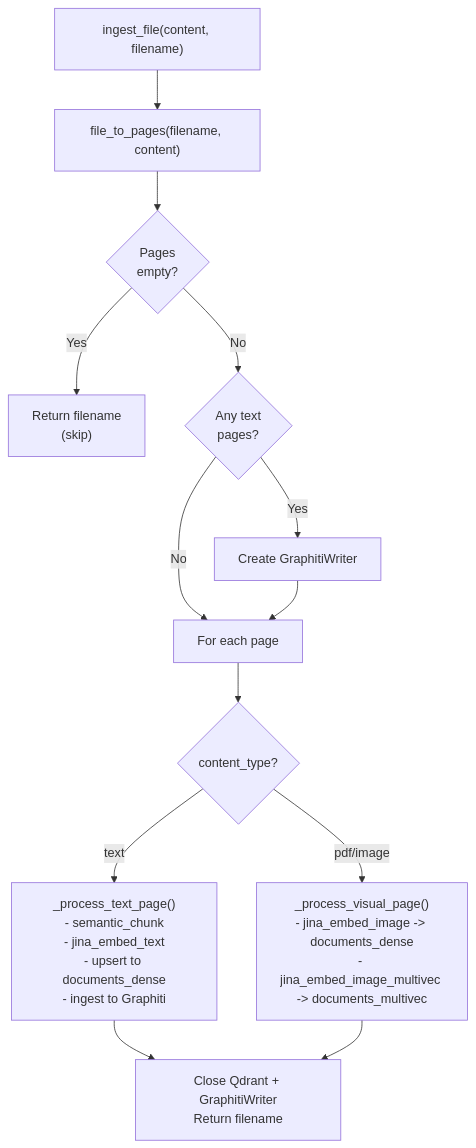
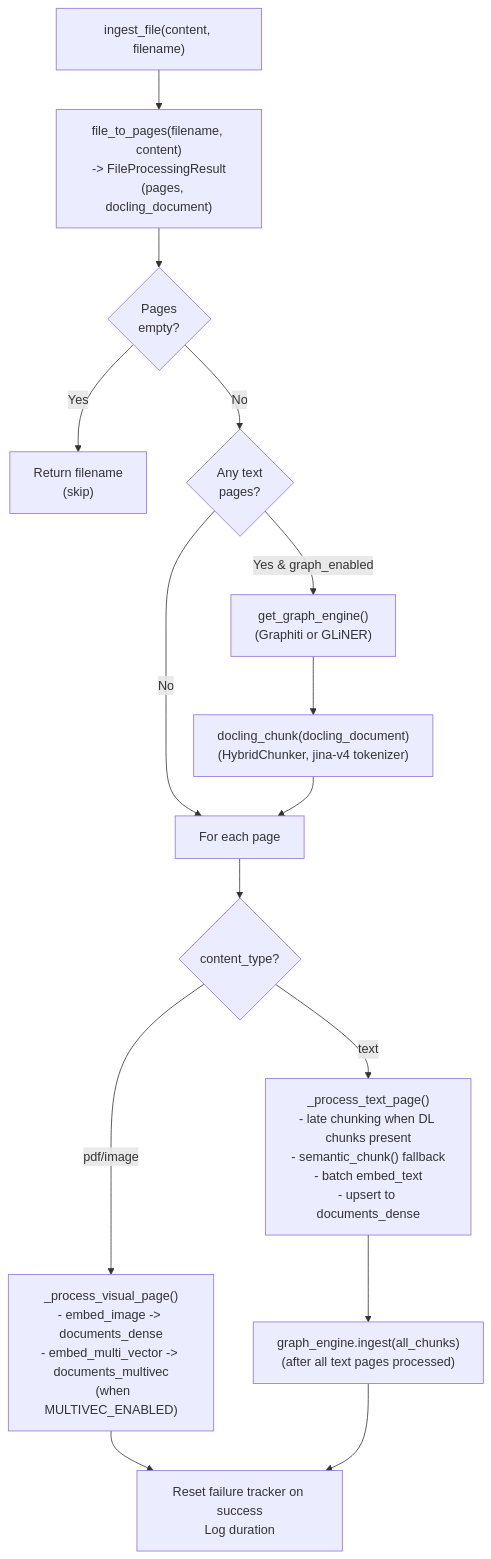
One commit to dollro/spektr changed the second of 2 diagrams in docs/ingestion/cocoindex.md. Above: the diagram before and after it, drawn with Mermaid. The commit also changed other lines of this file and 24 other files, not shown here.

````diff
--- a/docs/ingestion/cocoindex.md
+++ b/docs/ingestion/cocoindex.md
@@ -63,17 +66,19 @@
 ```mermaid
 flowchart TD
-    Start["ingest_file(content, filename)"] --> FTP["file_to_pages(filename, content)"]
+    Start["ingest_file(content, filename)"] --> FTP["file_to_pages(filename, content)\n-> FileProcessingResult\n   (pages, docling_document)"]
     FTP --> Check{Pages\nempty?}
     Check -->|Yes| Skip["Return filename\n(skip)"]
     Check -->|No| HasText{Any text\npages?}
-    HasText -->|Yes| InitGW["Create GraphitiWriter"]
+    HasText -->|Yes & graph_enabled| InitGE["get_graph_engine()\n(Graphiti or GLiNER)"]
     HasText -->|No| Loop
 
-    InitGW --> Loop["For each page"]
+    InitGE --> DLChunk["docling_chunk(docling_document)\n(HybridChunker, jina-v4 tokenizer)"]
+    DLChunk --> Loop["For each page"]
     Loop --> TypeCheck{content_type?}
-    TypeCheck -->|text| TextProc["_process_text_page()\n- semantic_chunk\n- jina_embed_text\n- upsert to documents_dense\n- ingest to Graphiti"]
-    TypeCheck -->|pdf/image| VisProc["_process_visual_page()\n- jina_embed_image -> documents_dense\n- jina_embed_image_multivec -> documents_multivec"]
+    TypeCheck -->|text| TextProc["_process_text_page()\n- late chunking when DL chunks present\n- semantic_chunk() fallback\n- batch embed_text\n- upsert to documents_dense"]
+    TypeCheck -->|pdf/image| VisProc["_process_visual_page()\n- embed_image -> documents_dense\n- embed_multi_vector -> documents_multivec\n  (when MULTIVEC_ENABLED)"]
 
-    TextProc --> Done["Close Qdrant + GraphitiWriter\nReturn filename"]
+    TextProc --> BulkGraph["graph_engine.ingest(all_chunks)\n(after all text pages processed)"]
     VisProc --> Done
+    BulkGraph --> Done["Reset failure tracker on success\nLog duration"]
 ```
````
